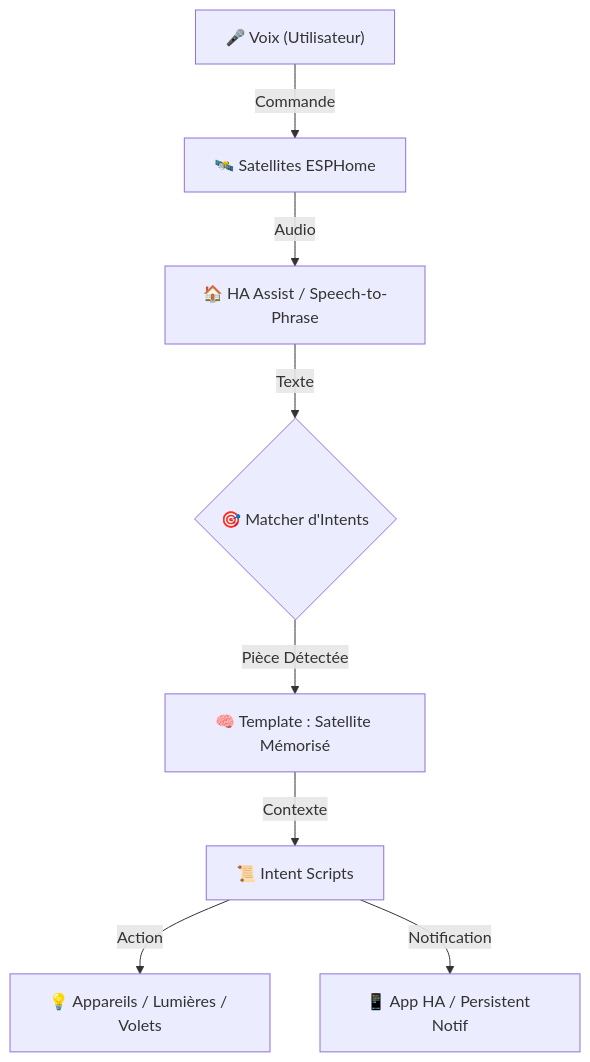
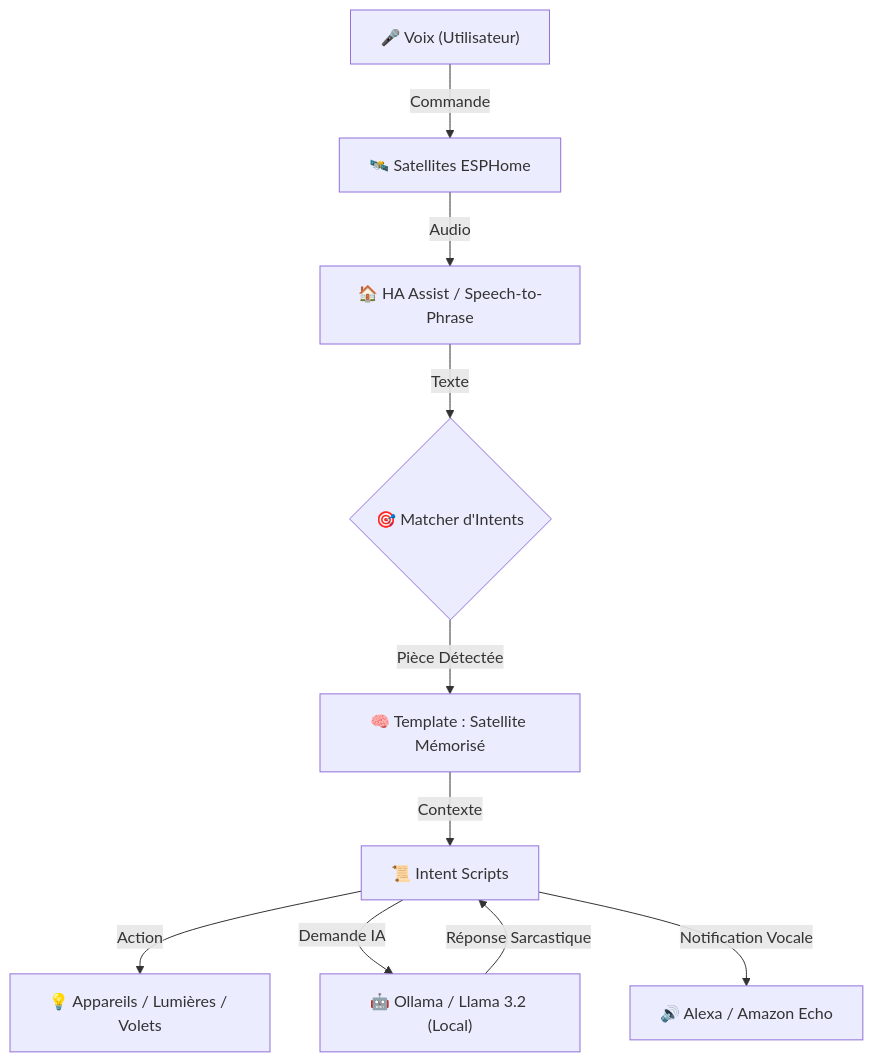
The diagram in README.md (canabang/custom_intents), drawn with Mermaid before and after one commit. The commit also changed other lines of this file and 1 other file, not shown here.

````diff
--- a/README.md
+++ b/README.md
@@ -12,10 +12,12 @@
 ```mermaid
 graph TD
     A["🎤 Voix (Utilisateur)"] -->|Commande| B["🛰️ Satellites ESPHome"]
     B["🛰️ Satellites ESPHome"] -->|Audio| C["🏠 HA Assist / Speech-to-Phrase"]
     C -->|Texte| D{"🎯 Matcher d'Intents"}
     D -->|Pièce Détectée| E["🧠 Template : Satellite Mémorisé"]
     E -->|Contexte| F["📜 Intent Scripts"]
     F -->|Action| G["💡 Appareils / Lumières / Volets"]
-    F -->|Notification| H["📱 App HA / Persistent Notif"]
+    F -->|Demande IA| I["🤖 Ollama / Llama 3.2 (Local)"]
+    I -->|Réponse Sarcastique| F
+    F -->|Notification Vocale| H["🔊 Alexa / Amazon Echo"]
 ```
````
